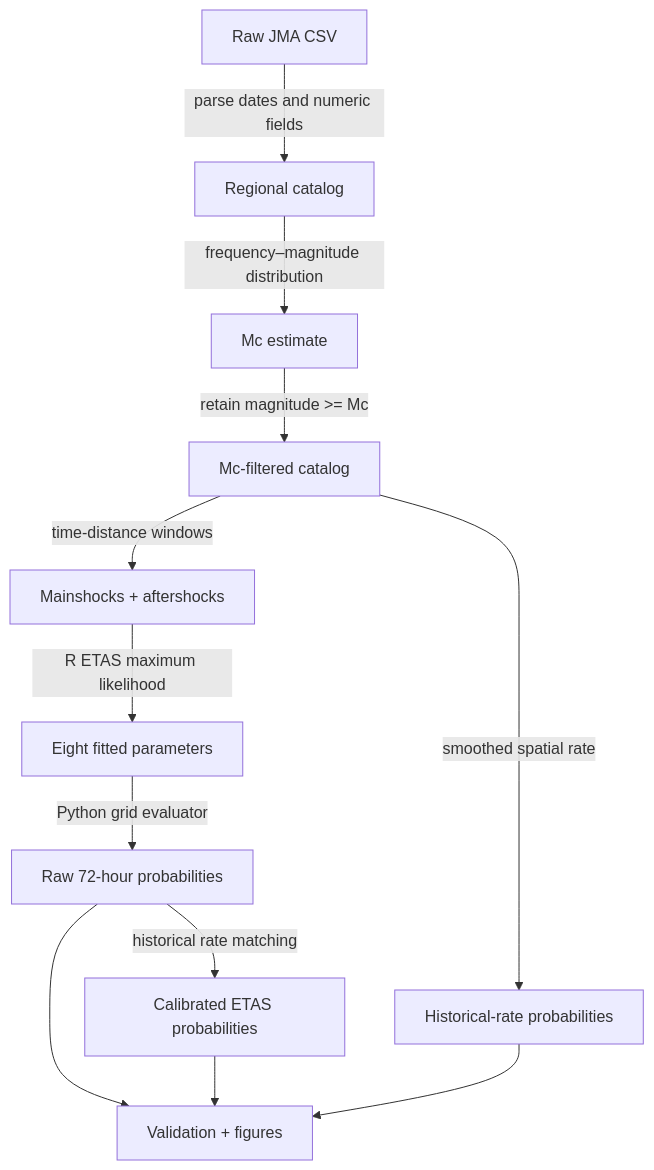
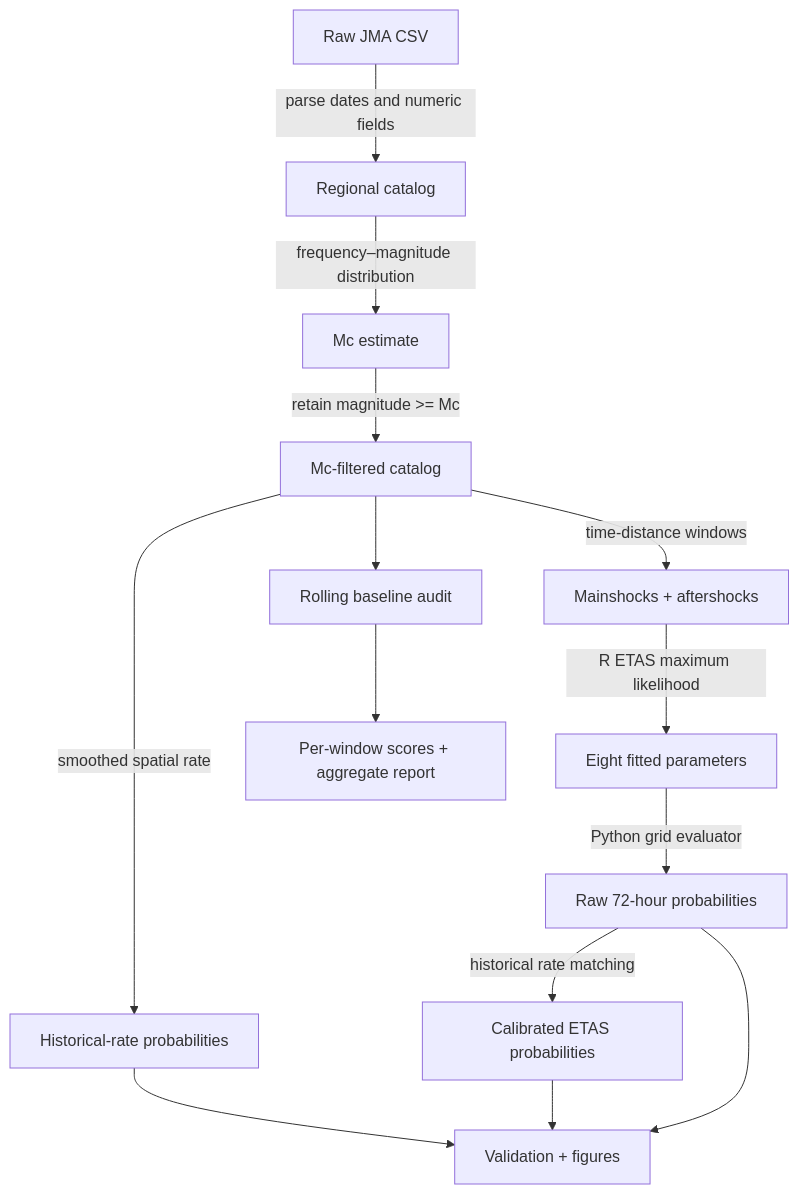
The diagram in docs/GETTING_STARTED.md (bala2006/jma-etas-benchmark), drawn with Mermaid before and after one commit. The commit also changed other lines of this file and 17 other files, not shown here.

Commit message:
feat: add rolling baseline research audit

````diff
--- a/docs/GETTING_STARTED.md
+++ b/docs/GETTING_STARTED.md
@@ -75,14 +76,16 @@
 ```mermaid
 flowchart TD
     A[Raw JMA CSV] -->|parse dates and numeric fields| B[Regional catalog]
     B -->|frequency–magnitude distribution| C[Mc estimate]
     C -->|retain magnitude >= Mc| D[Mc-filtered catalog]
     D -->|time-distance windows| E[Mainshocks + aftershocks]
     E -->|R ETAS maximum likelihood| F[Eight fitted parameters]
     F -->|Python grid evaluator| G[Raw 72-hour probabilities]
     G -->|historical rate matching| H[Calibrated ETAS probabilities]
     D -->|smoothed spatial rate| I[Historical-rate probabilities]
-    G --> J[Validation + figures]
+    I --> J[Validation + figures]
     H --> J
-    I --> J
+    G --> J
+    D --> K[Rolling baseline audit]
+    K --> L[Per-window scores + aggregate report]
 ```
````
